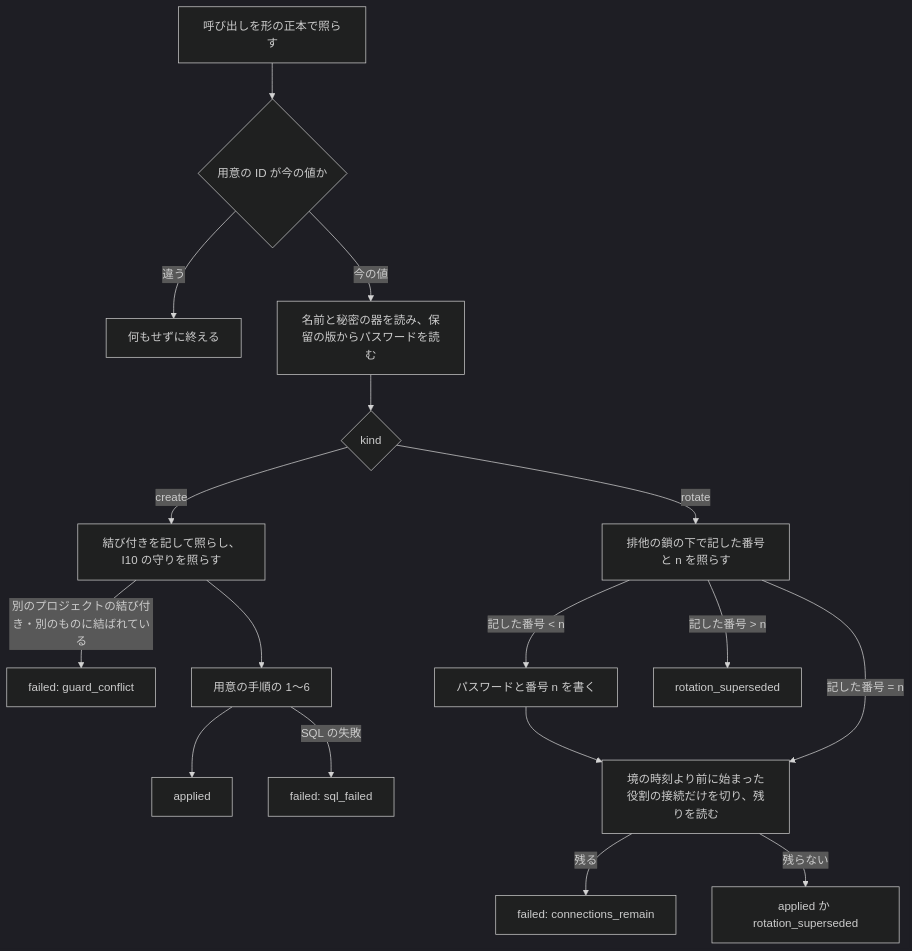
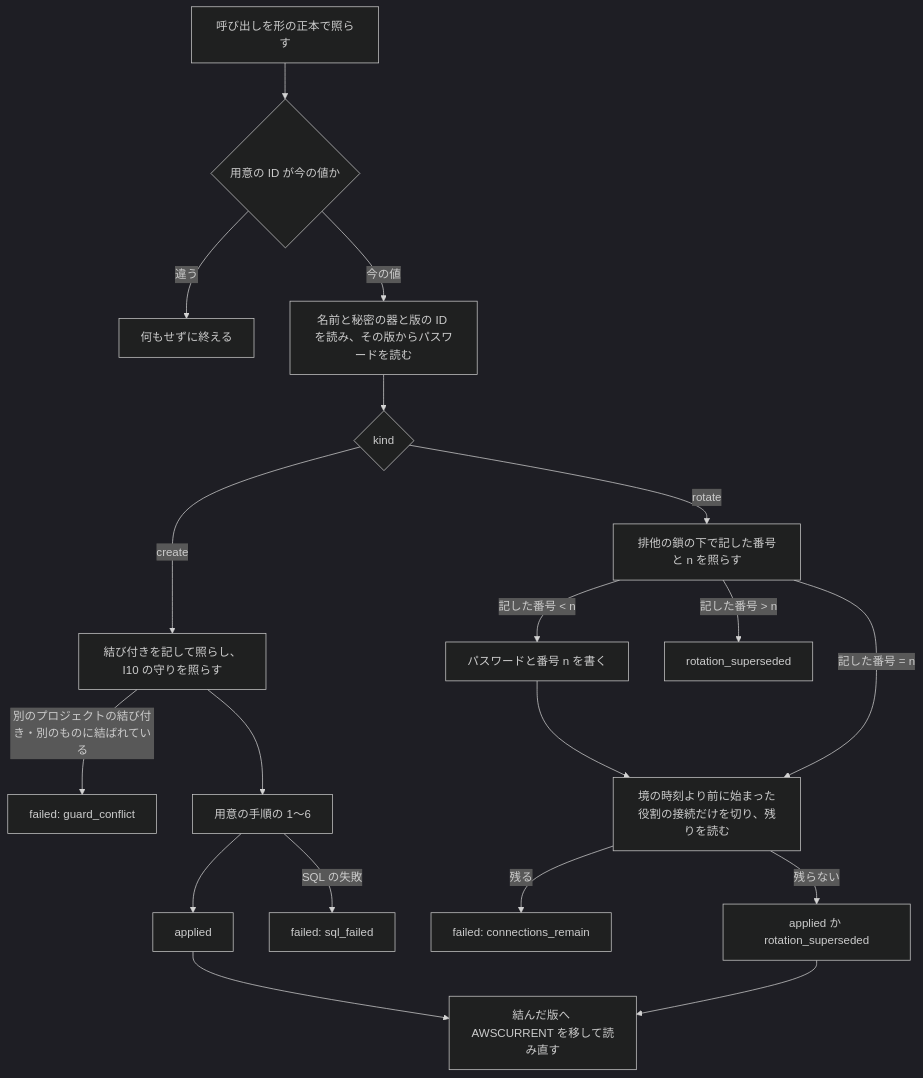
The third of 3 diagrams in issues/issue-13-design.md (devbasex/nd-factory), drawn with Mermaid (dark theme) before and after one commit. The commit also changed other lines of this file and 4 other files, not shown here.

````diff
--- a/issues/issue-13-design.md
+++ b/issues/issue-13-design.md
@@ -185,18 +185,20 @@
 ```mermaid
 flowchart TD
     A[呼び出しを形の正本で照らす] --> B{用意の ID が今の値か}
     B -->|違う| X[何もせずに終える]
-    B -->|今の値| C[名前と秘密の器を読み、保留の版からパスワードを読む]
+    B -->|今の値| C[名前と秘密の器と版の ID を読み、その版からパスワードを読む]
     C --> D{kind}
     D -->|create| G[結び付きを記して照らし、I10 の守りを照らす]
     G -->|別のプロジェクトの結び付き・別のものに結ばれている| F2["failed: guard_conflict"]
     G --> H[用意の手順の 1〜6]
     H --> OK[applied]
+    OK --> P[結んだ版へ AWSCURRENT を移して読み直す]
     H -->|SQL の失敗| F4["failed: sql_failed"]
     D -->|rotate| R[排他の鎖の下で記した番号と n を照らす]
     R -->|記した番号 < n| W[パスワードと番号 n を書く] --> K[境の時刻より前に始まった役割の接続だけを切り、残りを読む]
     R -->|記した番号 = n| K
     R -->|記した番号 > n| S[rotation_superseded]
     K -->|残る| F3["failed: connections_remain"]
     K -->|残らない| OK2[applied か rotation_superseded]
+    OK2 --> P
 ```
````
